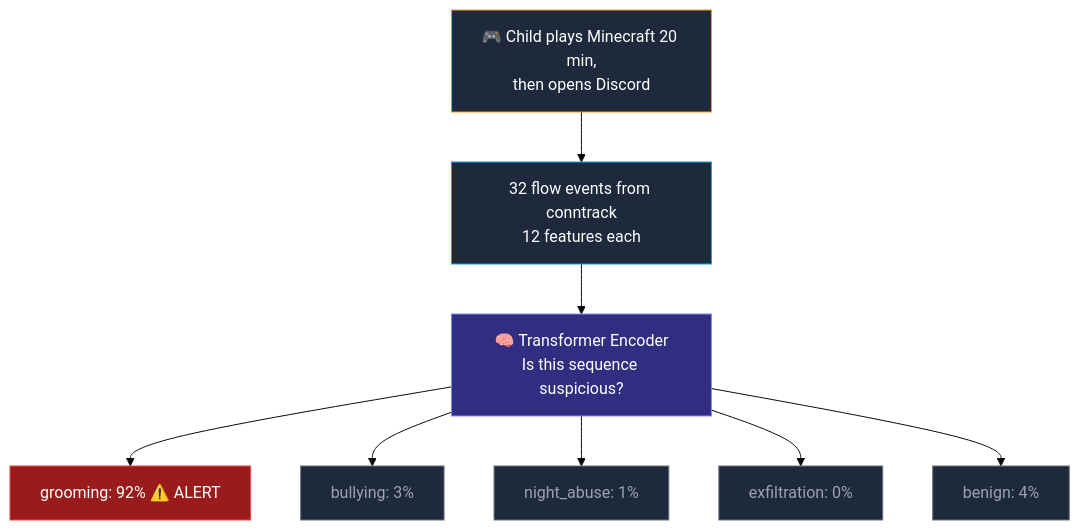
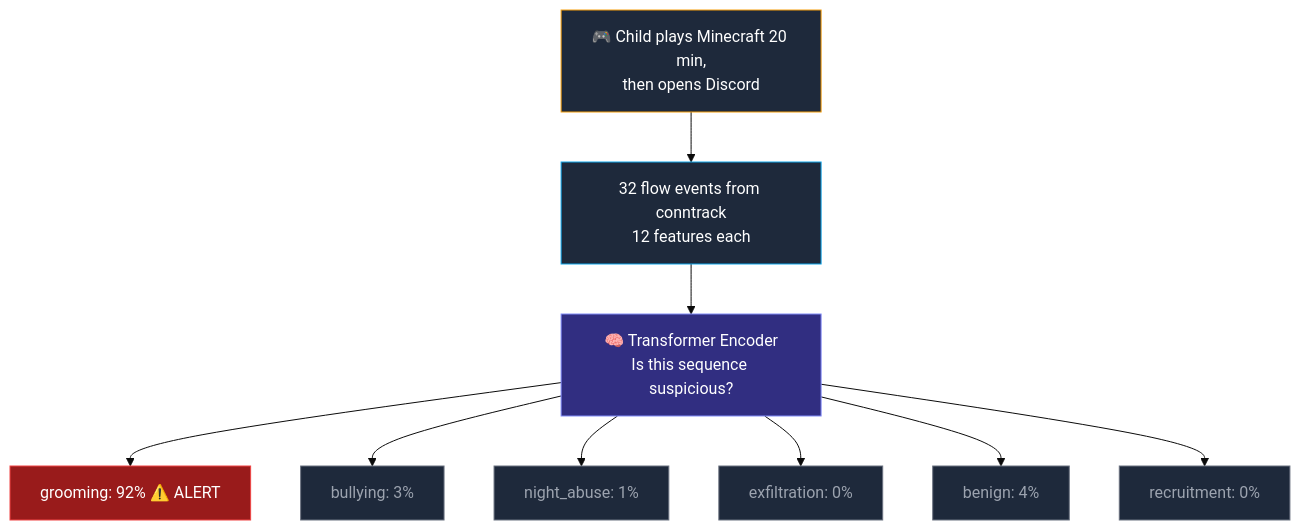
The second of 2 diagrams in README.md (startuplab-mx/HCKMX26-1776640402), drawn with Mermaid (base theme) before and after one commit. The commit also changed other lines of this file and 1 other file, not shown here.

Commit message:
docs: update README and ARCHITECTURE with recruitment risk category and academic references

````diff
--- a/README.md
+++ b/README.md
@@ -140,19 +141,21 @@
 ```mermaid
 graph TD
     A["🎮 Child plays Minecraft 20 min,\nthen opens Discord"] --> B["32 flow events from conntrack\n12 features each"]
     B --> C["🧠 Transformer Encoder\nIs this sequence suspicious?"]
     C --> D["grooming: 92% ⚠️ ALERT"]
     C --> E["bullying: 3%"]
     C --> F["night_abuse: 1%"]
     C --> G["exfiltration: 0%"]
     C --> H["benign: 4%"]
+    C --> I["recruitment: 0%"]
 
     style A fill:#1e293b,stroke:#f59e0b,color:#fff
     style B fill:#1e293b,stroke:#0ea5e9,color:#fff
     style C fill:#312e81,stroke:#818cf8,color:#fff
     style D fill:#991b1b,stroke:#ef4444,color:#fff
     style E fill:#1e293b,stroke:#6b7280,color:#9ca3af
     style F fill:#1e293b,stroke:#6b7280,color:#9ca3af
     style G fill:#1e293b,stroke:#6b7280,color:#9ca3af
     style H fill:#1e293b,stroke:#6b7280,color:#9ca3af
+    style I fill:#1e293b,stroke:#6b7280,color:#9ca3af
 ```
````
